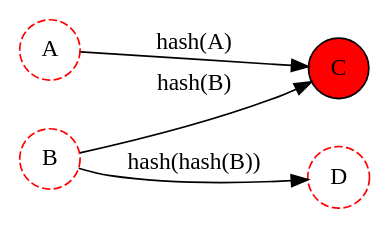
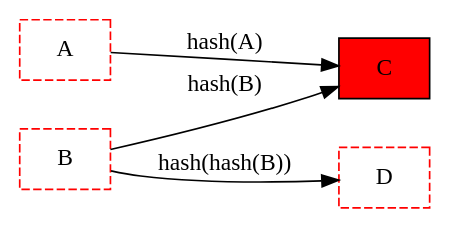
The diagram in graphs/collision.gv (sbagency/scouting_web3_technologies), drawn with Graphviz before and after one commit. The commit also changed 6 other files, not shown here.

```diff
--- a/graphs/collision.gv
+++ b/graphs/collision.gv
@@ -1,17 +1,17 @@
 digraph collision {
 
 rankdir=LR;
 
 
-"A" [style=dashed,color=red,shape=circle];
-"B" [style=dashed,color=red,shape=circle];
-"C" [style=filled,fillcolor=red,color=black,shape=circle];
-"D" [style=dashed,color=red,shape=circle];
+"A" [style=dashed,color=red,shape=box];
+"B" [style=dashed,color=red,shape=box];
+"C" [style=filled,fillcolor=red,color=black,shape=box];
+"D" [style=dashed,color=red,shape=box];
 
 
 "A"->"C" [label="hash(A)"];
 "B"->"C" [label="hash(B)"];
 "B"->"D" [label="hash(hash(B))"];
 
 
 }
```
